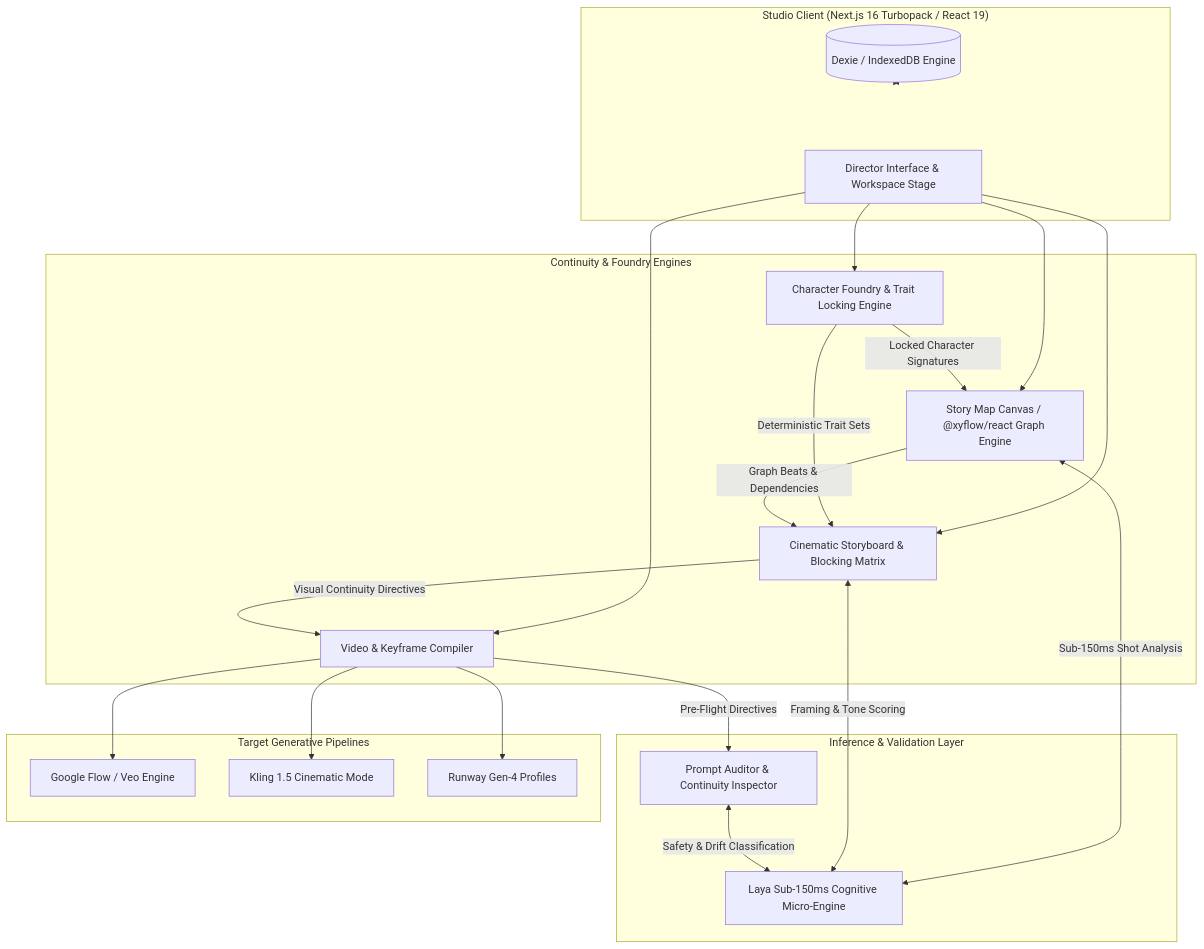
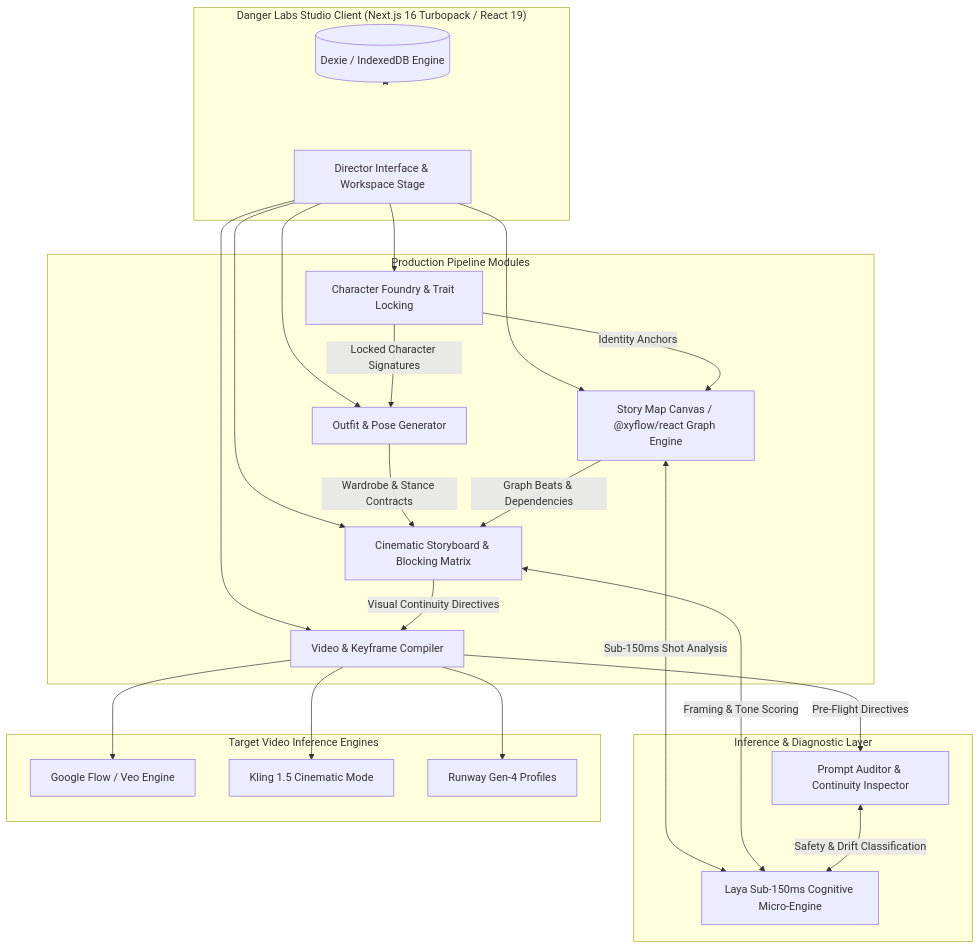
The diagram in README.md (dr-week/Prompting-Buddha), drawn with Mermaid before and after one commit. The commit also changed other lines of this file and 20 other files, not shown here.

Commit message:
feat: separate Outfit and Pose Generator, optimize prompt size, add DANGER LABS enterprise branding and UI captures

````diff
--- a/README.md
+++ b/README.md
@@ -53,45 +112,48 @@
 ```mermaid
 flowchart TD
-    subgraph Client ["Studio Client (Next.js 16 Turbopack / React 19)"]
+    subgraph Client ["Danger Labs Studio Client (Next.js 16 Turbopack / React 19)"]
         UI[Director Interface & Workspace Stage]
         Store[(Dexie / IndexedDB Engine)]
     end
 
-    subgraph Core ["Continuity & Foundry Engines"]
-        CF[Character Foundry & Trait Locking Engine]
+    subgraph Pipeline ["Production Pipeline Modules"]
+        CF[Character Foundry & Trait Locking]
+        OP[Outfit & Pose Generator]
         SM[Story Map Canvas / @xyflow/react Graph Engine]
         SB[Cinematic Storyboard & Blocking Matrix]
         VC[Video & Keyframe Compiler]
     end
 
-    subgraph Cognitive ["Inference & Validation Layer"]
+    subgraph Cognitive ["Inference & Diagnostic Layer"]
         Laya[Laya Sub-150ms Cognitive Micro-Engine]
         Auditor[Prompt Auditor & Continuity Inspector]
     end
 
-    subgraph Targets ["Target Generative Pipelines"]
+    subgraph Targets ["Target Video Inference Engines"]
         GoogleFlow[Google Flow / Veo Engine]
         Kling[Kling 1.5 Cinematic Mode]
         Runway[Runway Gen-4 Profiles]
     end
 
     UI --> CF
+    UI --> OP
     UI --> SM
     UI --> SB
     UI --> VC
     
-    CF -->|Locked Character Signatures| SM
-    CF -->|Deterministic Trait Sets| SB
+    CF -->|Locked Character Signatures| OP
+    CF -->|Identity Anchors| SM
+    OP -->|Wardrobe & Stance Contracts| SB
     SM -->|Graph Beats & Dependencies| SB
     SB -->|Visual Continuity Directives| VC
     
     SM <-->|Sub-150ms Shot Analysis| Laya
     SB <-->|Framing & Tone Scoring| Laya
     VC -->|Pre-Flight Directives| Auditor
     Auditor <-->|Safety & Drift Classification| Laya
     
     VC --> GoogleFlow
     VC --> Kling
     VC --> Runway
     Store <---> Client
 ```
````
